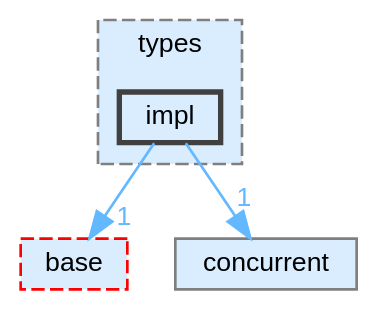
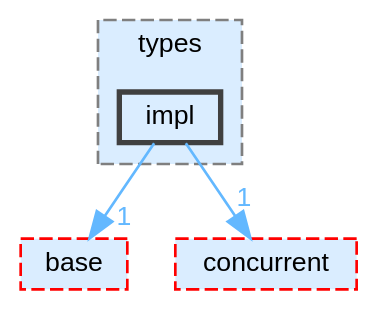
Before and after one commit to nerdneilsfield/cpp-toolbox: the diagram in dir_42f5095b4e6c17bde0f6ae6fdfd7bf2f_dep.dot, drawn with Graphviz. The commit also changed 117 other files, not shown here.

```diff
--- a/dir_42f5095b4e6c17bde0f6ae6fdfd7bf2f_dep.dot
+++ b/dir_42f5095b4e6c17bde0f6ae6fdfd7bf2f_dep.dot
@@ -1,16 +1,16 @@
 digraph "src/include/cpp-toolbox/types/impl"
 {
  // LATEX_PDF_SIZE
   bgcolor="transparent";
   edge [fontname=Helvetica,fontsize=10,labelfontname=Helvetica,labelfontsize=10];
   node [fontname=Helvetica,fontsize=10,shape=box,height=0.2,width=0.4];
   compound=true
   subgraph clusterdir_d073c017754f5bdb7e8e1de8ad13b99a {
     graph [ bgcolor="#daedff", pencolor="grey50", label="types", fontname=Helvetica,fontsize=10 style="filled,dashed", URL="dir_d073c017754f5bdb7e8e1de8ad13b99a.html",tooltip=""]
   dir_42f5095b4e6c17bde0f6ae6fdfd7bf2f [label="impl", fillcolor="#daedff", color="grey25", style="filled,bold", URL="dir_42f5095b4e6c17bde0f6ae6fdfd7bf2f.html",tooltip=""];
   }
   dir_175064ea02679cf4c3a50b5407502295 [label="base", fillcolor="#daedff", color="red", style="filled,dashed", URL="dir_175064ea02679cf4c3a50b5407502295.html",tooltip=""];
-  dir_53097c1fb4416aacf03fa23589a54650 [label="concurrent", fillcolor="#daedff", color="grey50", style="filled", URL="dir_53097c1fb4416aacf03fa23589a54650.html",tooltip=""];
-  dir_42f5095b4e6c17bde0f6ae6fdfd7bf2f->dir_175064ea02679cf4c3a50b5407502295 [headlabel="1", labeldistance=1.5 headhref="dir_000015_000000.html" href="dir_000015_000000.html" color="steelblue1" fontcolor="steelblue1"];
-  dir_42f5095b4e6c17bde0f6ae6fdfd7bf2f->dir_53097c1fb4416aacf03fa23589a54650 [headlabel="1", labeldistance=1.5 headhref="dir_000015_000001.html" href="dir_000015_000001.html" color="steelblue1" fontcolor="steelblue1"];
+  dir_53097c1fb4416aacf03fa23589a54650 [label="concurrent", fillcolor="#daedff", color="red", style="filled,dashed", URL="dir_53097c1fb4416aacf03fa23589a54650.html",tooltip=""];
+  dir_42f5095b4e6c17bde0f6ae6fdfd7bf2f->dir_175064ea02679cf4c3a50b5407502295 [headlabel="1", labeldistance=1.5 headhref="dir_000016_000000.html" href="dir_000016_000000.html" color="steelblue1" fontcolor="steelblue1"];
+  dir_42f5095b4e6c17bde0f6ae6fdfd7bf2f->dir_53097c1fb4416aacf03fa23589a54650 [headlabel="1", labeldistance=1.5 headhref="dir_000016_000001.html" href="dir_000016_000001.html" color="steelblue1" fontcolor="steelblue1"];
 }
```
